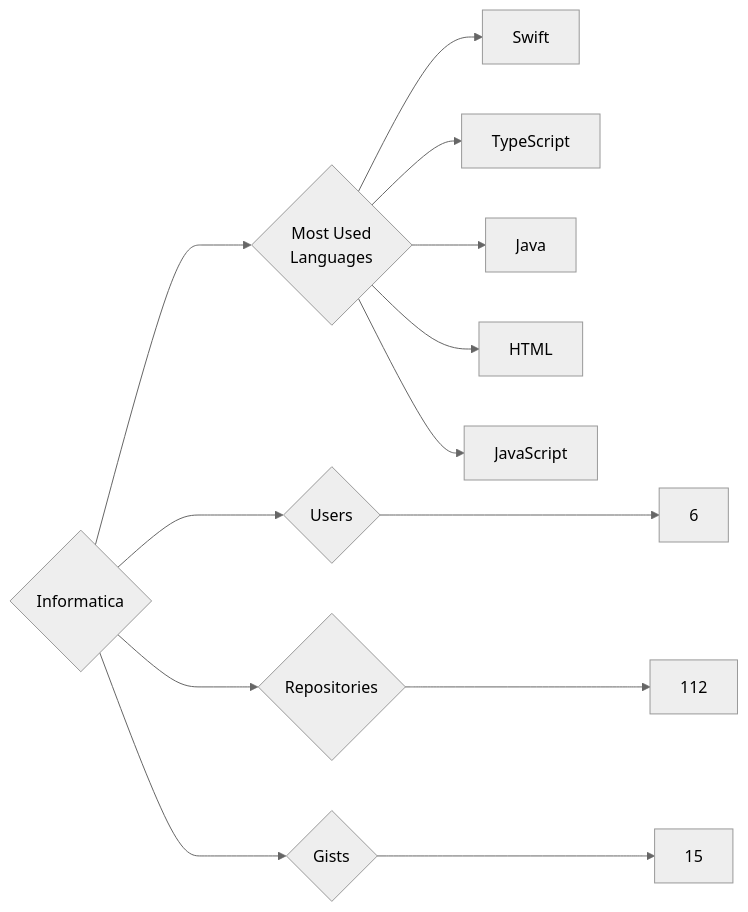
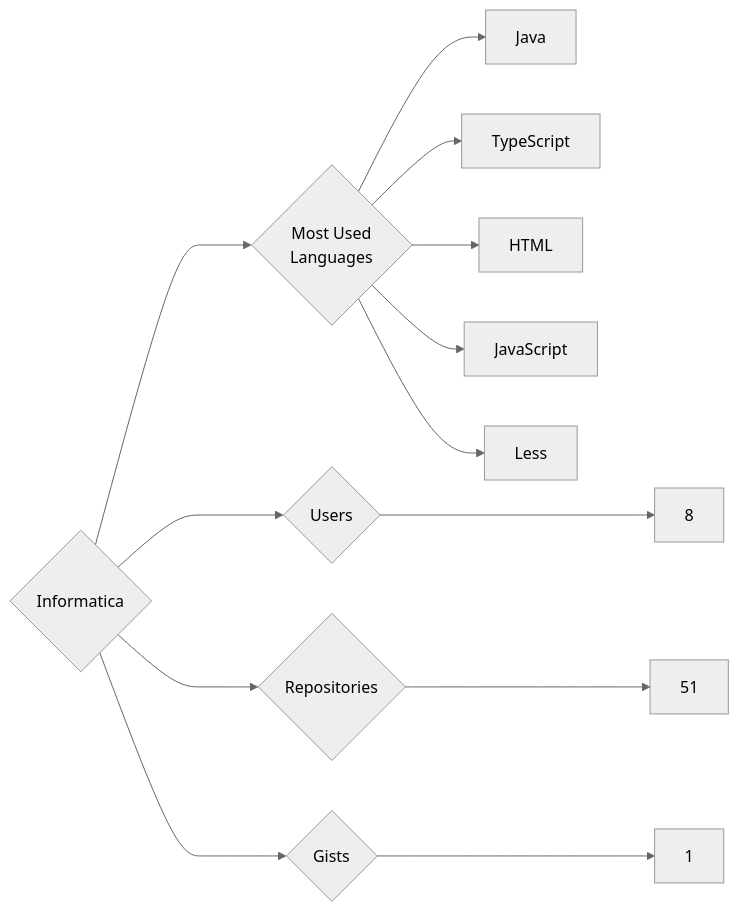
The diagram in targets/Informatica/README.md (trickest/insiders), drawn with Mermaid (neutral theme) before and after one commit. The commit also changed 724 other files, not shown here.

````diff
--- a/targets/Informatica/README.md
+++ b/targets/Informatica/README.md
@@ -3,13 +3,13 @@
 ```mermaid
 graph LR
 COMPANY_NAME{Informatica}
-COMPANY_NAME ---> U{Users} ---> UN[6]
-COMPANY_NAME ---> R{Repositories} ---> RN[112]
-COMPANY_NAME ---> G{Gists} ---> GN[15]
+COMPANY_NAME ---> U{Users} ---> UN[8]
+COMPANY_NAME ---> R{Repositories} ---> RN[51]
+COMPANY_NAME ---> G{Gists} ---> GN[1]
 COMPANY_NAME ---> ML{Most Used<br>Languages}
-ML --> Swift[Swift]
+ML --> Java[Java]
 ML --> TypeScript[TypeScript]
-ML --> Java[Java]
 ML --> HTML[HTML]
 ML --> JavaScript[JavaScript]
+ML --> Less[Less]
 ```
````
